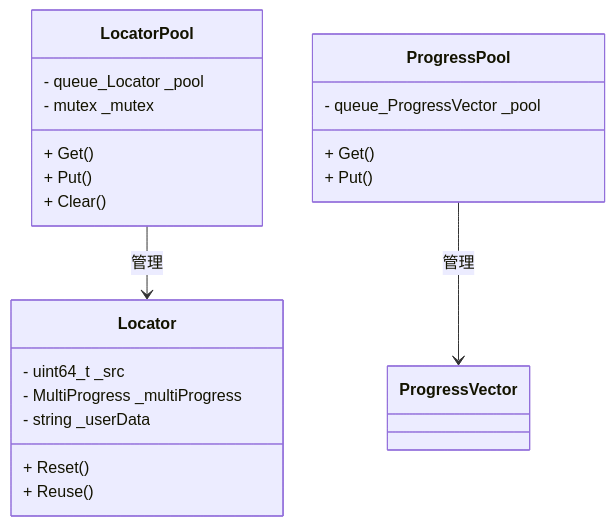
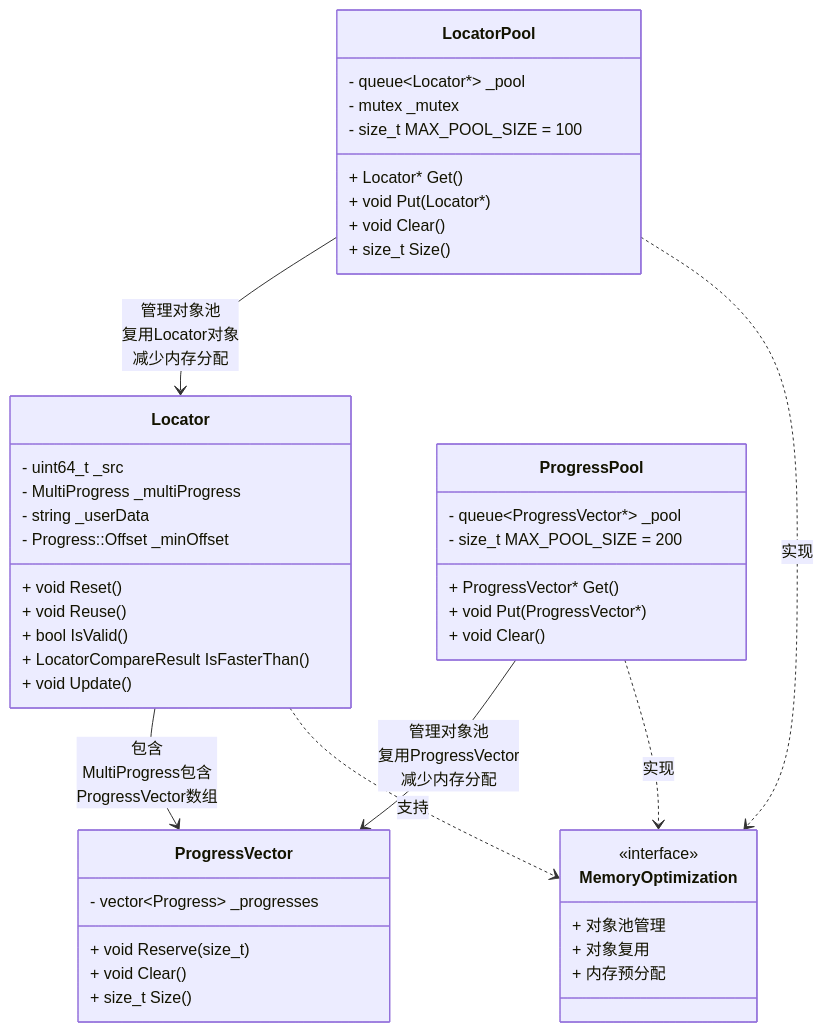
One commit to zhouzhilong-commits/zhouzhilong-commits.github.io changed diagram 38 of 44 in _posts/2025-07-22-indexlib-9-locator-consistency.md. Above: the diagram before and after it, drawn with Mermaid. The commit also changed other lines of this file and 6 other files, not shown here.

````diff
--- a/_posts/2025-07-22-indexlib-9-locator-consistency.md
+++ b/_posts/2025-07-22-indexlib-9-locator-consistency.md
@@ -2013,27 +3330,53 @@
 ```mermaid
 classDiagram
     class LocatorPool {
-        - queue_Locator _pool
+        - queue~Locator*~ _pool
         - mutex _mutex
-        + Get()
-        + Put()
-        + Clear()
+        - size_t MAX_POOL_SIZE = 100
+        + Locator* Get()
+        + void Put(Locator*)
+        + void Clear()
+        + size_t Size()
     }
     
     class Locator {
         - uint64_t _src
         - MultiProgress _multiProgress
         - string _userData
-        + Reset()
-        + Reuse()
+        - Progress::Offset _minOffset
+        + void Reset()
+        + void Reuse()
+        + bool IsValid()
+        + LocatorCompareResult IsFasterThan()
+        + void Update()
     }
     
     class ProgressPool {
-        - queue_ProgressVector _pool
-        + Get()
-        + Put()
+        - queue~ProgressVector*~ _pool
+        - size_t MAX_POOL_SIZE = 200
+        + ProgressVector* Get()
+        + void Put(ProgressVector*)
+        + void Clear()
     }
     
-    LocatorPool --> Locator : 管理
-    ProgressPool --> ProgressVector : 管理
+    class ProgressVector {
+        - vector~Progress~ _progresses
+        + void Reserve(size_t)
+        + void Clear()
+        + size_t Size()
+    }
+    
+    class MemoryOptimization {
+        <<interface>>
+        + 对象池管理
+        + 对象复用
+        + 内存预分配
+    }
+    
+    LocatorPool --> Locator : 管理对象池<br/>复用Locator对象<br/>减少内存分配
+    ProgressPool --> ProgressVector : 管理对象池<br/>复用ProgressVector<br/>减少内存分配
+    Locator --> ProgressVector : 包含<br/>MultiProgress包含<br/>ProgressVector数组
+    LocatorPool ..> MemoryOptimization : 实现
+    ProgressPool ..> MemoryOptimization : 实现
+    Locator ..> MemoryOptimization : 支持
 ```
````
